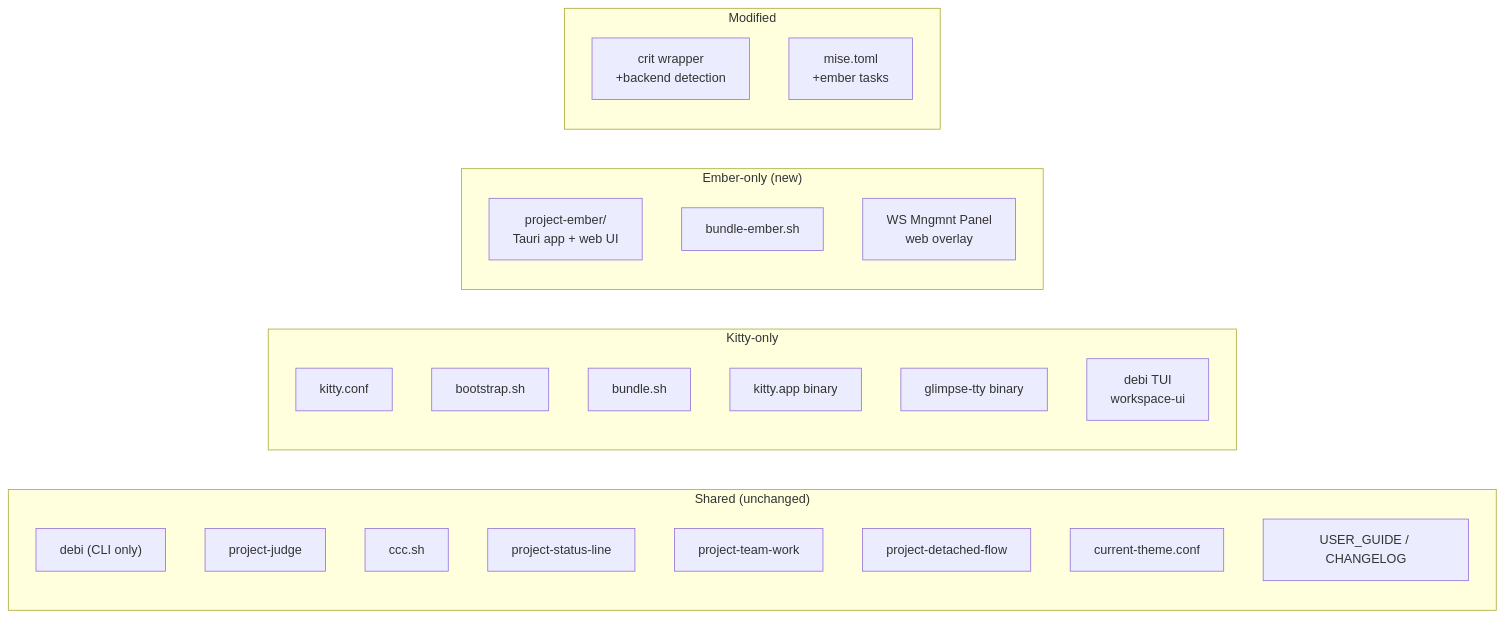
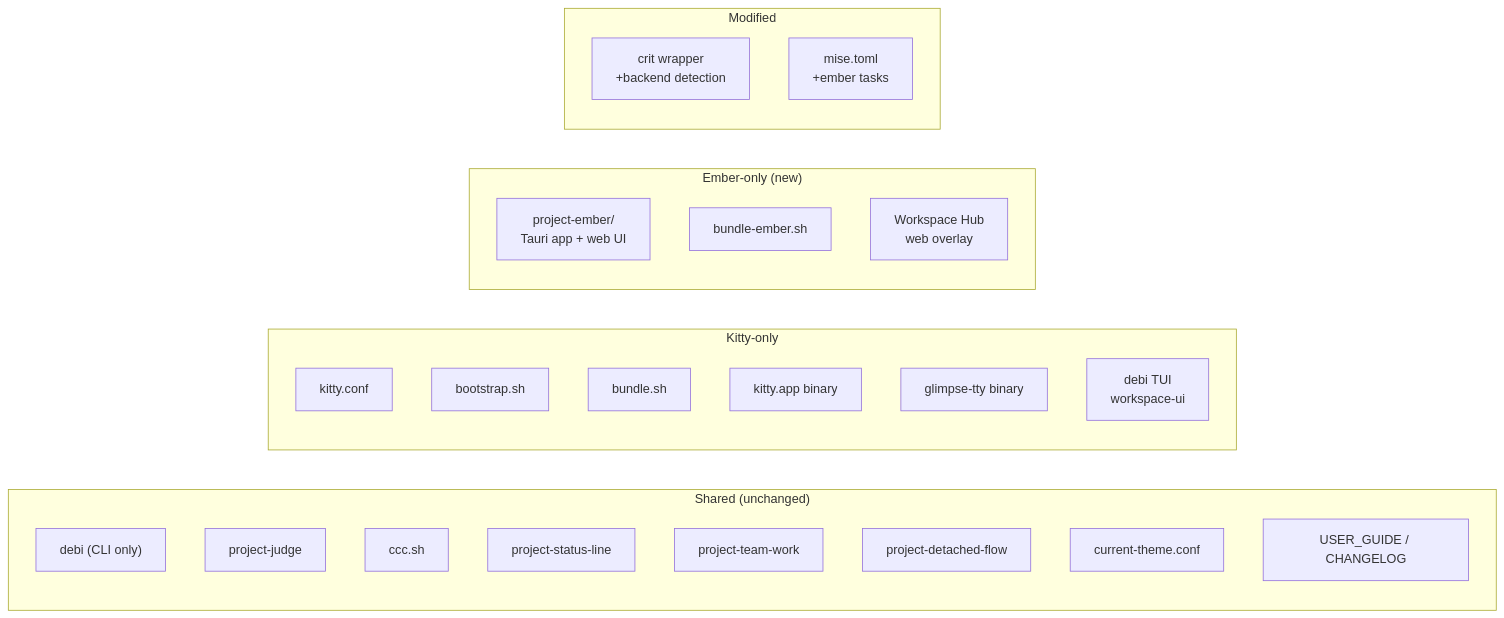
One commit to TalAmuyal/Devora changed the fifth of 5 diagrams in project-ember/docs/PLAN.md. Above: the diagram before and after it, drawn with Mermaid. The commit also changed other lines of this file and 32 other files, not shown here.

````diff
--- a/project-ember/docs/PLAN.md
+++ b/project-ember/docs/PLAN.md
@@ -649,33 +649,33 @@
 ```mermaid
 graph LR
     subgraph "Shared (unchanged)"
         debi["debi (CLI only)"]
         judge[project-judge]
         ccc[ccc.sh]
         status[project-status-line]
         teamwork[project-team-work]
         detflow[project-detached-flow]
         theme[current-theme.conf]
         docs[USER_GUIDE / CHANGELOG]
     end
 
     subgraph "Kitty-only"
         kittyconf[kitty.conf]
         bootstrap[bootstrap.sh]
         bundlesh[bundle.sh]
         kittyapp[kitty.app binary]
         glimpse[glimpse-tty binary]
         debitui[debi TUI<br/>workspace-ui]
     end
 
     subgraph "Ember-only (new)"
         ember[project-ember/<br/>Tauri app + web UI]
         bundleember[bundle-ember.sh]
-        wsui[WS Mngmnt Panel<br/>web overlay]
+        wsui[Workspace Hub<br/>web overlay]
     end
 
     subgraph "Modified"
         crit[crit wrapper<br/>+backend detection]
         mise[mise.toml<br/>+ember tasks]
     end
 ```
````
